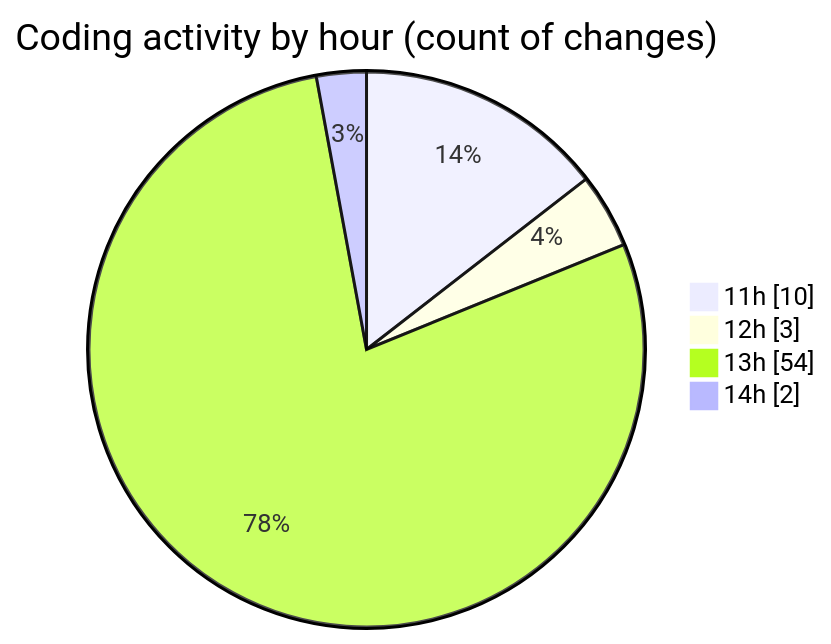
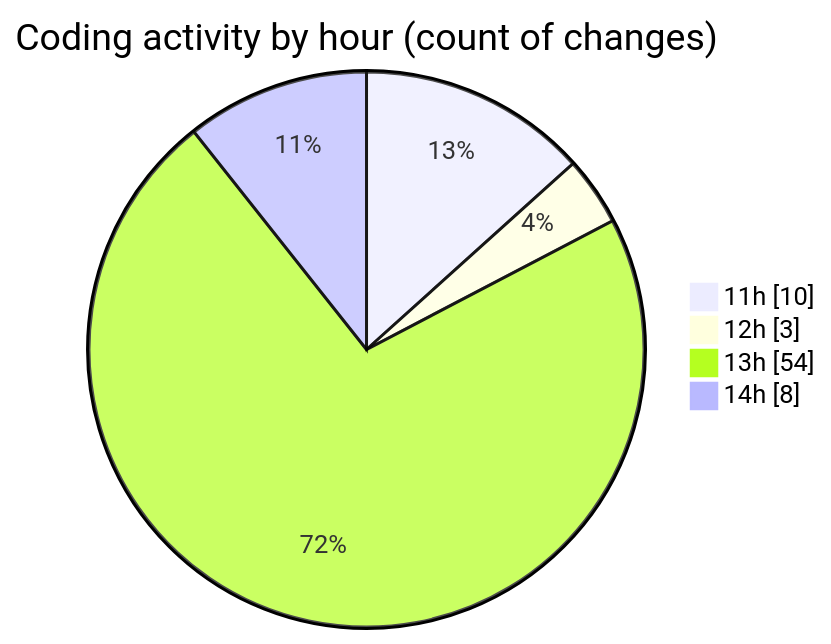
One commit to momahboobian/code-tracking changed the second of 2 diagrams in 2025-02-14/cda/README.md. Above: the diagram before and after it, drawn with Mermaid. The commit also changed other lines of this file and 1 other file, not shown here.

````diff
--- a/2025-02-14/cda/README.md
+++ b/2025-02-14/cda/README.md
@@ -32,8 +32,8 @@
 ```mermaid
 pie showData
 title Coding activity by hour (count of changes)
 "11h" : 10
 "12h" : 3
 "13h" : 54
-"14h" : 2
+"14h" : 8
 ```
````
